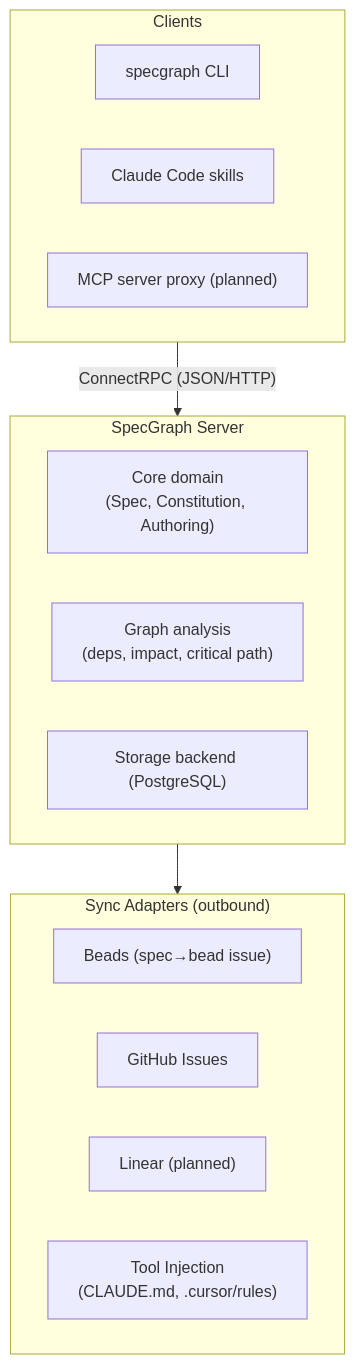
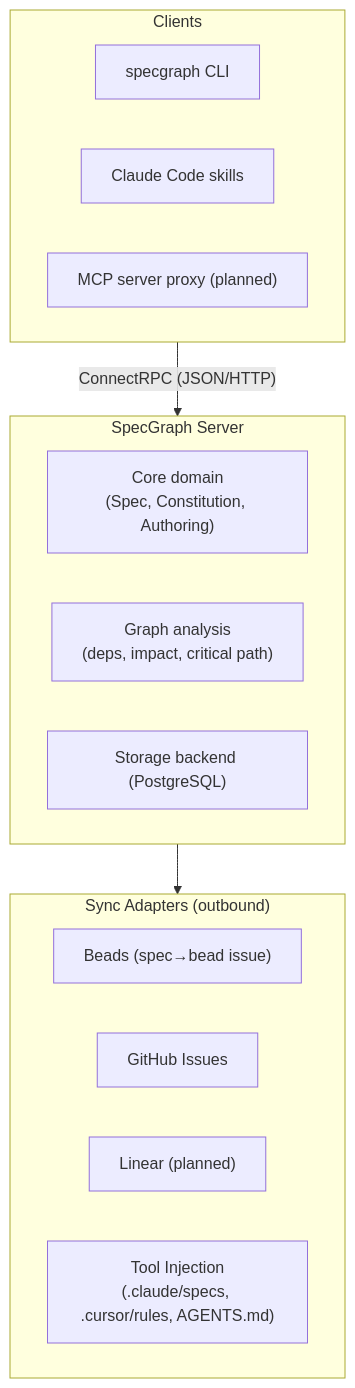
Before and after one commit to specgraph/specgraph: the first of 4 diagrams in site/docs/architecture.md, drawn with Mermaid. The commit also changed other lines of this file and 38 other files, not shown here.

First line of the commit message:
feat(harness): consolidate Claude / Cursor / OpenCode integration (spgr-cceg) (#939)

````diff
--- a/site/docs/architecture.md
+++ b/site/docs/architecture.md
@@ -12,24 +12,24 @@
 ```mermaid
 graph TD
     subgraph Clients
         CLI["specgraph CLI"]
         CC["Claude Code skills"]
         MCP["MCP server proxy (planned)"]
     end
 
     subgraph Server["SpecGraph Server"]
         Core["Core domain<br/>(Spec, Constitution, Authoring)"]
         Graph["Graph analysis<br/>(deps, impact, critical path)"]
         Store["Storage backend (PostgreSQL)"]
     end
 
     subgraph Sync["Sync Adapters (outbound)"]
         Beads["Beads (spec→bead issue)"]
         GH["GitHub Issues"]
         Linear["Linear (planned)"]
-        Inject["Tool Injection<br/>(CLAUDE.md, .cursor/rules)"]
+        Inject["Tool Injection<br/>(.claude/specs, .cursor/rules, AGENTS.md)"]
     end
 
     Clients -->|"ConnectRPC (JSON/HTTP)"| Server
     Server --> Sync
 ```
````
